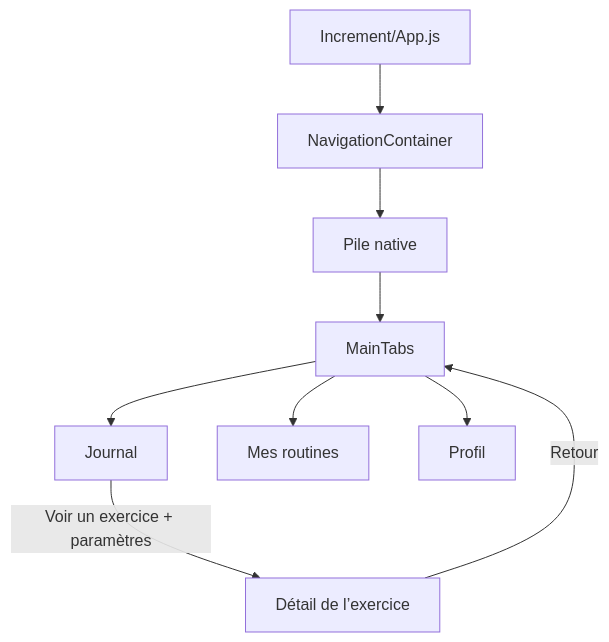
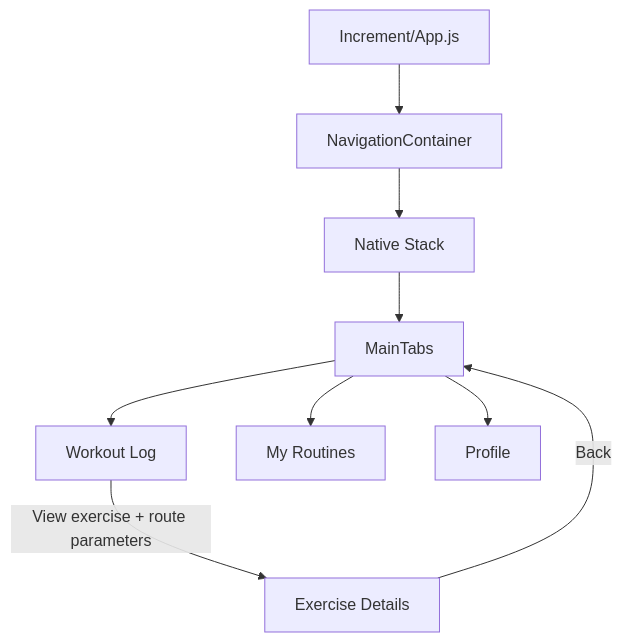
The diagram in README.md (Lagmouchyoussef/react-native-navigation-architecture), drawn with Mermaid before and after one commit. The commit also changed other lines of this file and 17 other files, not shown here.

````diff
--- a/README.md
+++ b/README.md
@@ -165,11 +216,11 @@
 ```mermaid
 flowchart TD
     A["Increment/App.js"] --> B["NavigationContainer"]
-    B --> C["Pile native"]
+    B --> C["Native Stack"]
     C --> D["MainTabs"]
-    D --> E["Journal"]
-    D --> F["Mes routines"]
-    D --> G["Profil"]
-    E -->|"Voir un exercice + paramètres"| H["Détail de l’exercice"]
-    H -->|"Retour"| D
+    D --> E["Workout Log"]
+    D --> F["My Routines"]
+    D --> G["Profile"]
+    E -->|"View exercise + route parameters"| H["Exercise Details"]
+    H -->|"Back"| D
 ```
````
